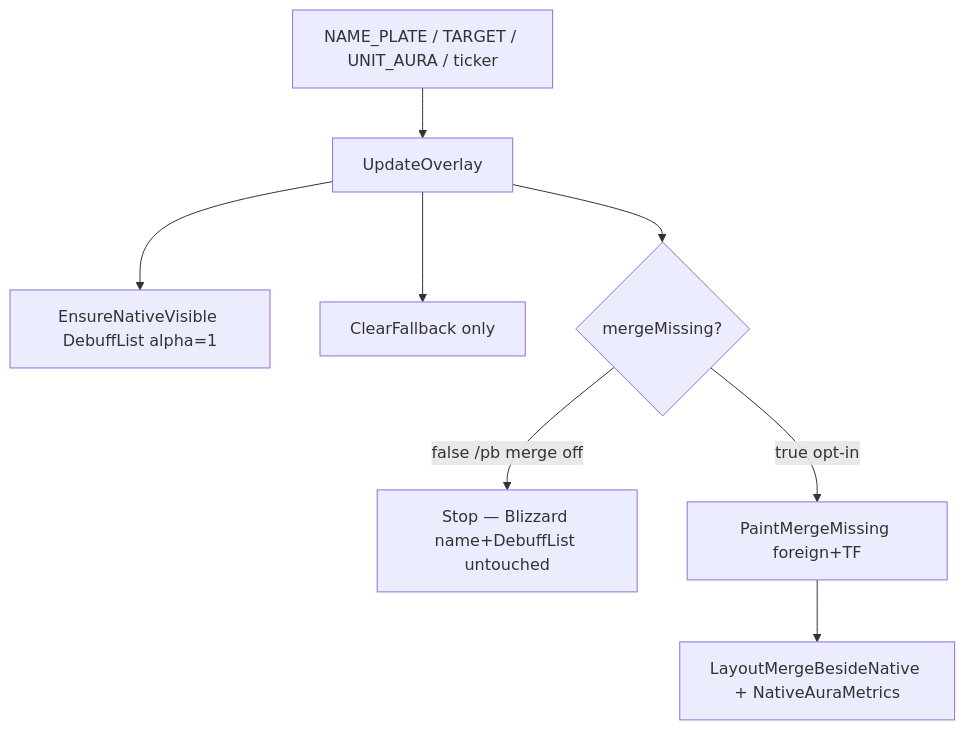
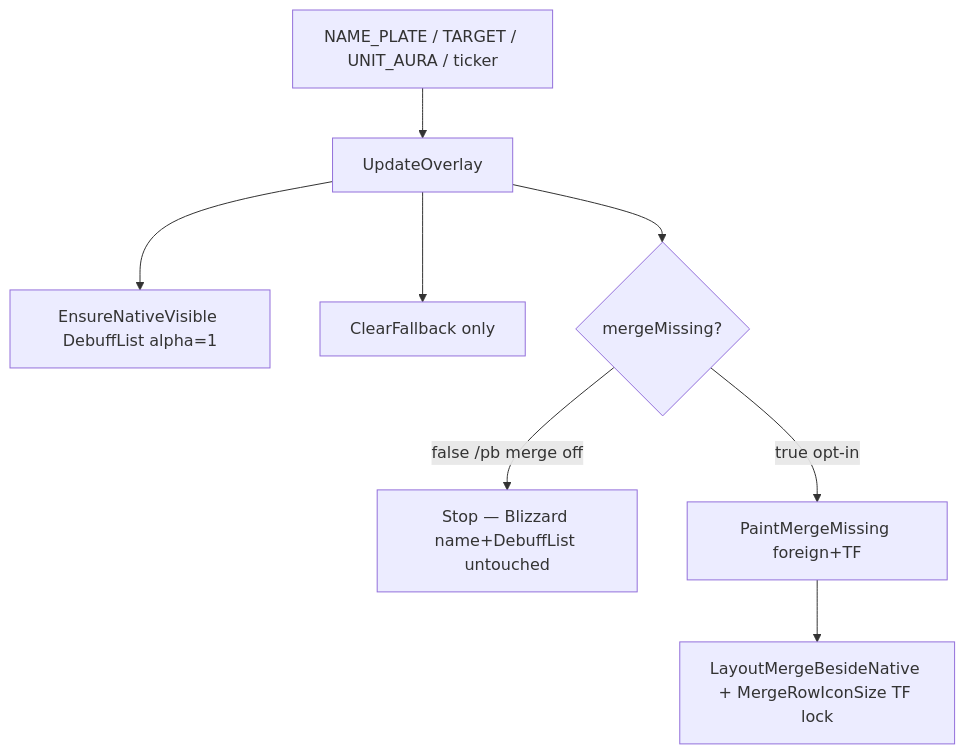
The diagram in addons/Plateband/Docs/loops.md (sirTurbisCZ/wow-forever-addons), drawn with Mermaid before and after one commit.

Commit message:
docs(Plateband): loops merge size step 0.2.18

````diff
--- a/addons/Plateband/Docs/loops.md
+++ b/addons/Plateband/Docs/loops.md
@@ -9,10 +9,10 @@
 ```mermaid
 flowchart TD
   ev[NAME_PLATE / TARGET / UNIT_AURA / ticker] --> upd[UpdateOverlay]
   upd --> native[EnsureNativeVisible DebuffList alpha=1]
   upd --> clear[ClearFallback only]
   upd --> mergeFlag{mergeMissing?}
   mergeFlag -->|false /pb merge off| stop[Stop — Blizzard name+DebuffList untouched]
   mergeFlag -->|true opt-in| paint[PaintMergeMissing foreign+TF]
-  paint --> layout[LayoutMergeBesideNative + NativeAuraMetrics]
+  paint --> layout[LayoutMergeBesideNative + MergeRowIconSize TF lock]
 ```
````
